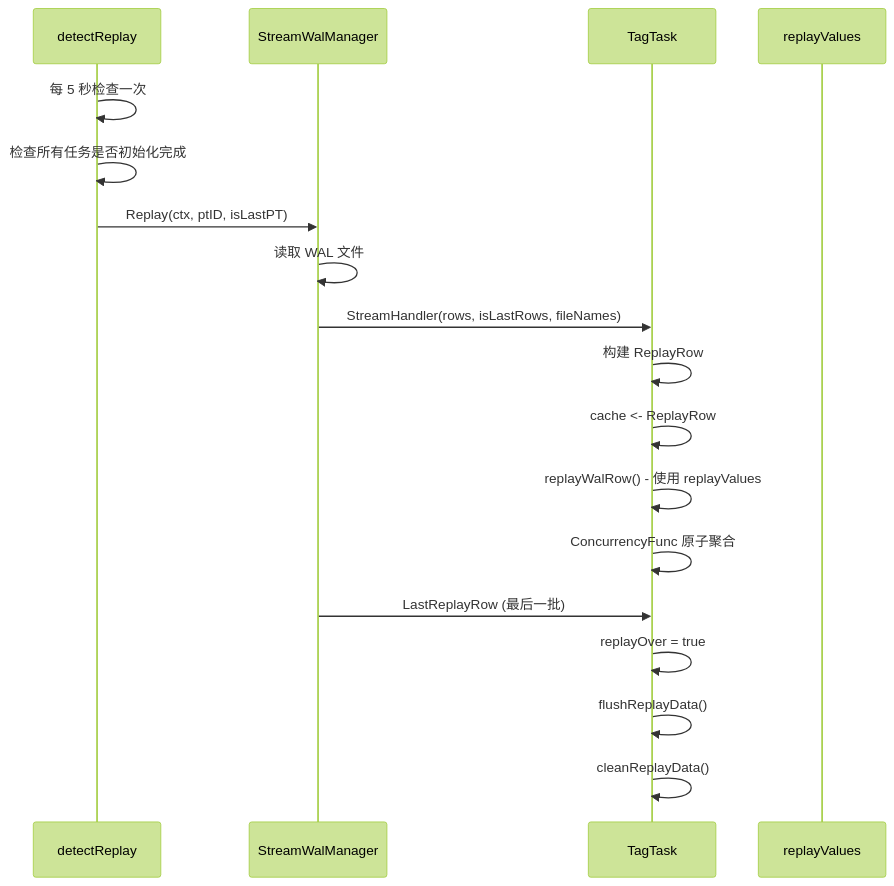
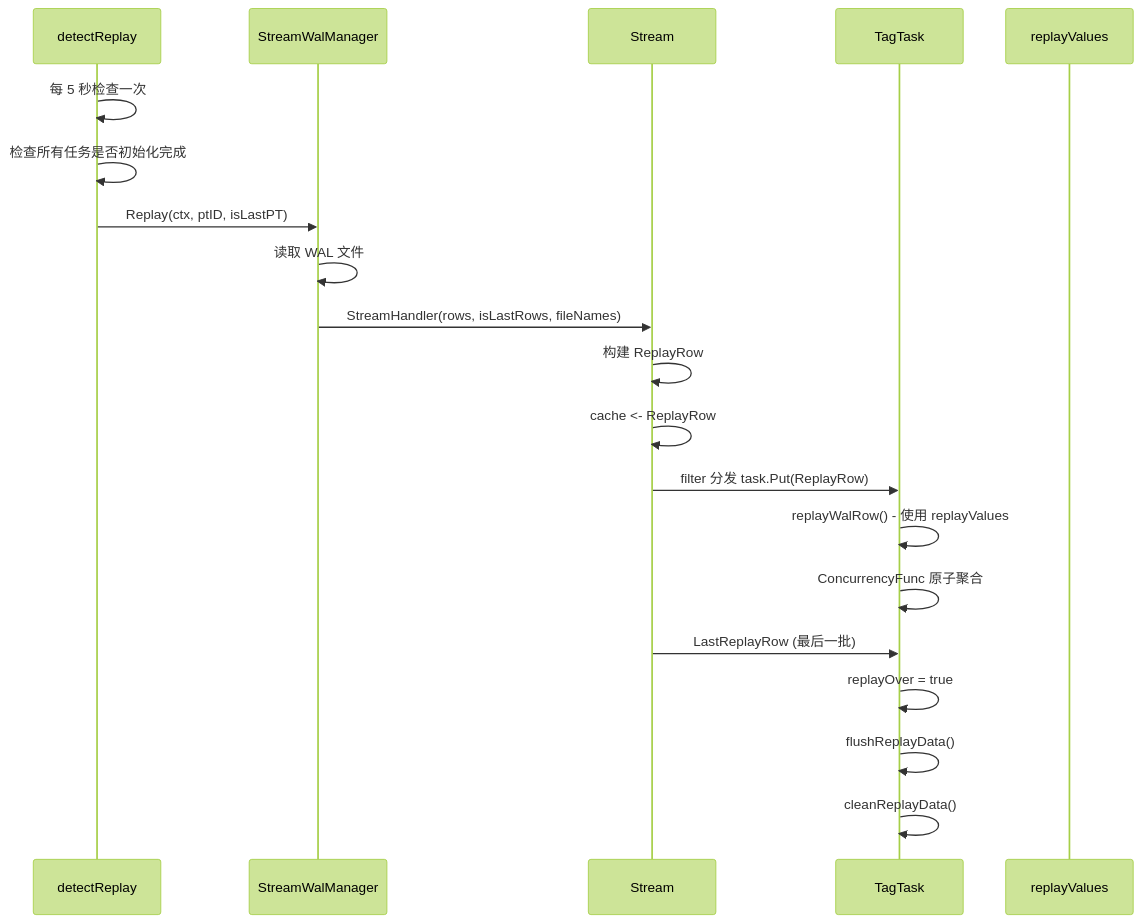
One commit to stefanv5/openGemini changed diagram 14 of 29 in docs/specs/10_stream_processing_spec.md. Above: the diagram before and after it, drawn with Mermaid (forest theme). The commit also changed other lines of this file and 37 other files, not shown here.

````diff
--- a/docs/specs/10_stream_processing_spec.md
+++ b/docs/specs/10_stream_processing_spec.md
@@ -1626,21 +1654,23 @@
 ```mermaid
 sequenceDiagram
     participant D as detectReplay
     participant WM as StreamWalManager
+    participant ST as Stream
     participant T as TagTask
     participant RV as replayValues
 
     D->>D: 每 5 秒检查一次
     D->>D: 检查所有任务是否初始化完成
     D->>WM: Replay(ctx, ptID, isLastPT)
     WM->>WM: 读取 WAL 文件
-    WM->>T: StreamHandler(rows, isLastRows, fileNames)
-    T->>T: 构建 ReplayRow
-    T->>T: cache <- ReplayRow
+    WM->>ST: StreamHandler(rows, isLastRows, fileNames)
+    ST->>ST: 构建 ReplayRow
+    ST->>ST: cache <- ReplayRow
+    ST->>T: filter 分发 task.Put(ReplayRow)
     T->>T: replayWalRow() - 使用 replayValues
     T->>T: ConcurrencyFunc 原子聚合
-    WM->>T: LastReplayRow (最后一批)
+    ST->>T: LastReplayRow (最后一批)
     T->>T: replayOver = true
     T->>T: flushReplayData()
     T->>T: cleanReplayData()
 ```
````
